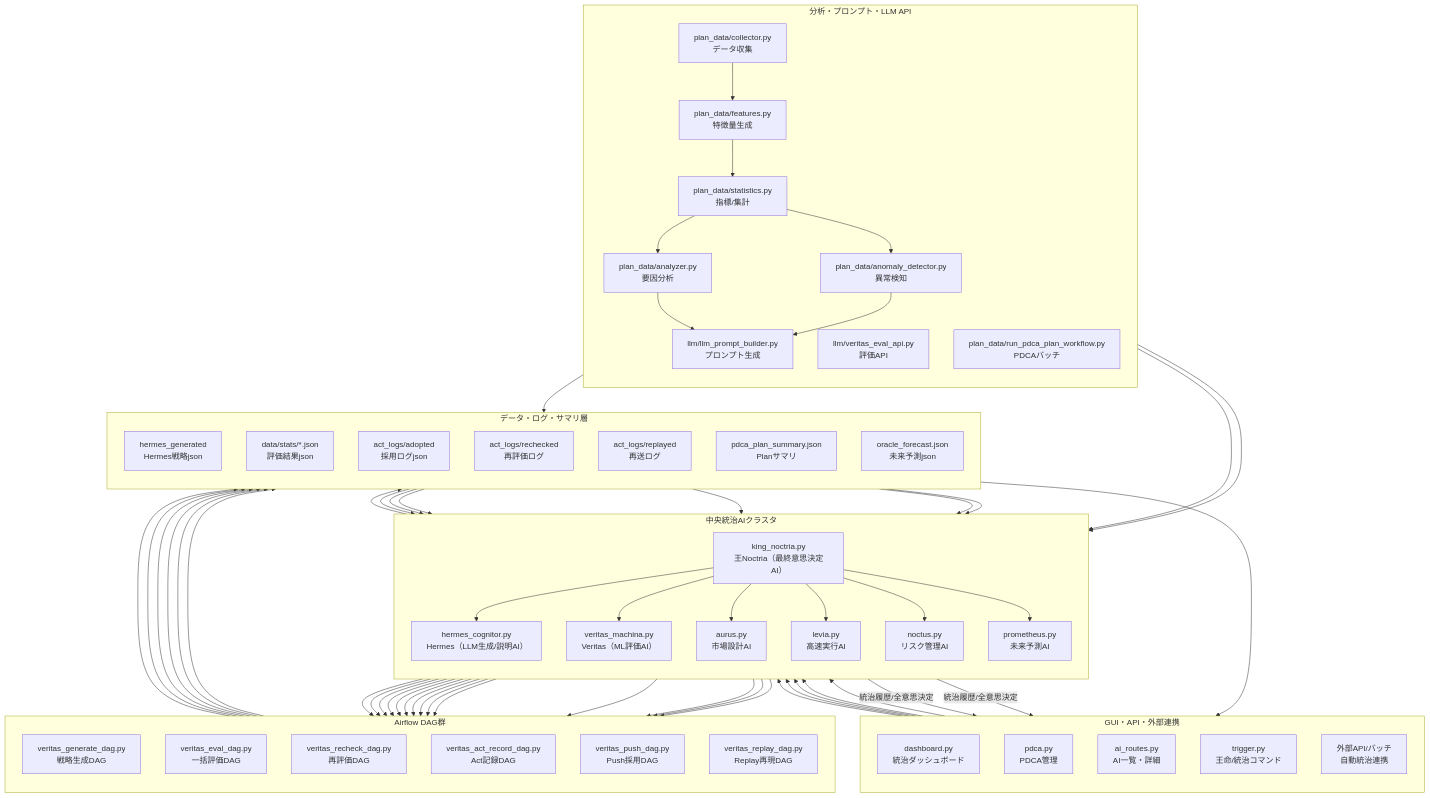
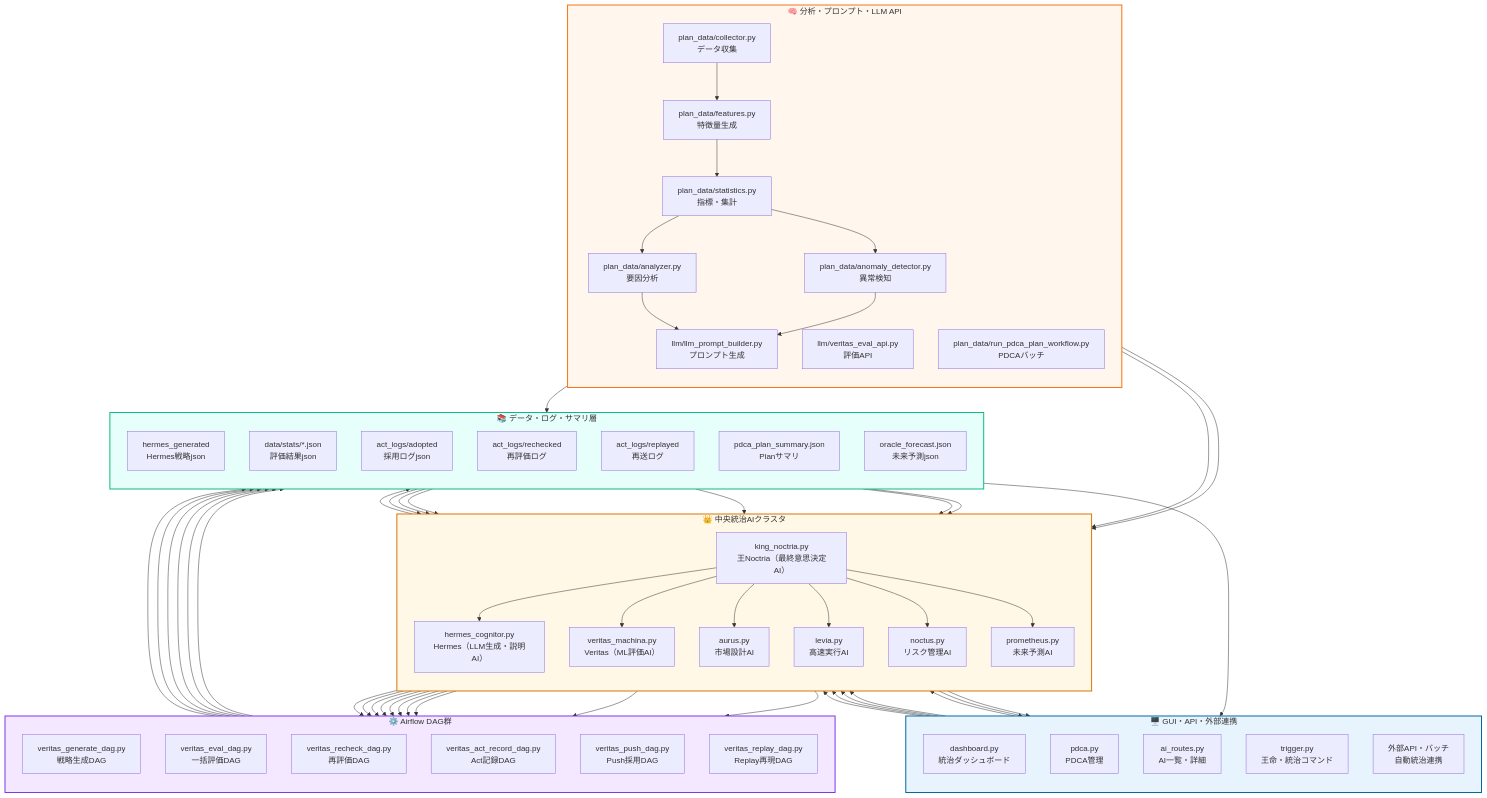
The diagram in docs/Noctria連携図.mmd (Noctria/noctria_kingdom), drawn with Mermaid before and after one commit.

Commit message:
Noctria連携図.mmd を更新

```diff
--- a/docs/Noctria連携図.mmd
+++ b/docs/Noctria連携図.mmd
@@ -1,127 +1,128 @@
 flowchart TD
 
-%% --- 1. GUI/API/外部連携（最上段） ---
-subgraph GUI_API["GUI・API・外部連携"]
-  direction TB
-  DASHBOARD["dashboard.py\n統治ダッシュボード"]
-  PDCA_PANEL["pdca.py\nPDCA管理"]
-  AI_PANEL["ai_routes.py\nAI一覧・詳細"]
-  TRIGGER_PANEL["trigger.py\n王命/統治コマンド"]
-  API["外部API/バッチ\n自動統治連携"]
+%% GUI/API (Blue)
+subgraph GUI_API["🖥️ GUI・API・外部連携"]
+direction TB
+style GUI_API fill:#E8F4FD,stroke:#0369A1,stroke-width:2px
+DASHBOARD["dashboard.py\n統治ダッシュボード"]
+PDCA_PANEL["pdca.py\nPDCA管理"]
+AI_PANEL["ai_routes.py\nAI一覧・詳細"]
+TRIGGER_PANEL["trigger.py\n王命・統治コマンド"]
+API["外部API・バッチ\n自動統治連携"]
 end
 
-%% --- 2. 中央統治AIクラスタ（王・臣下AI） ---
-subgraph KINGDOM["中央統治AIクラスタ"]
-  direction TB
-  NOCTRIA["king_noctria.py\n王Noctria（最終意思決定AI）"]
-  HERMES["hermes_cognitor.py\nHermes（LLM生成/説明AI）"]
-  VERITAS["veritas_machina.py\nVeritas（ML評価AI）"]
-  AURUS["aurus.py\n市場設計AI"]
-  LEVIA["levia.py\n高速実行AI"]
-  NOCTUS["noctus.py\nリスク管理AI"]
-  PROMETHEUS["prometheus.py\n未来予測AI"]
+%% 中央統治AI (Gold)
+subgraph KINGDOM["👑 中央統治AIクラスタ"]
+direction TB
+style KINGDOM fill:#FFF8E6,stroke:#D97706,stroke-width:2px
+NOCTRIA["king_noctria.py\n王Noctria（最終意思決定AI）"]
+HERMES["hermes_cognitor.py\nHermes（LLM生成・説明AI）"]
+VERITAS["veritas_machina.py\nVeritas（ML評価AI）"]
+AURUS["aurus.py\n市場設計AI"]
+LEVIA["levia.py\n高速実行AI"]
+NOCTUS["noctus.py\nリスク管理AI"]
+PROMETHEUS["prometheus.py\n未来予測AI"]
 end
 
-%% --- 3. Airflow DAG Cluster（実行基盤） ---
-subgraph DAGS["Airflow DAG群"]
-  direction TB
-  GEN_DAG["veritas_generate_dag.py\n戦略生成DAG"]
-  EVAL_DAG["veritas_eval_dag.py\n一括評価DAG"]
-  RECHECK_DAG["veritas_recheck_dag.py\n再評価DAG"]
-  ACT_DAG["veritas_act_record_dag.py\nAct記録DAG"]
-  PUSH_DAG["veritas_push_dag.py\nPush採用DAG"]
-  REPLAY_DAG["veritas_replay_dag.py\nReplay再現DAG"]
+%% Airflow DAG群 (Light Purple)
+subgraph DAGS["⚙️ Airflow DAG群"]
+direction TB
+style DAGS fill:#F3E8FF,stroke:#7C3AED,stroke-width:2px
+GEN_DAG["veritas_generate_dag.py\n戦略生成DAG"]
+EVAL_DAG["veritas_eval_dag.py\n一括評価DAG"]
+RECHECK_DAG["veritas_recheck_dag.py\n再評価DAG"]
+ACT_DAG["veritas_act_record_dag.py\nAct記録DAG"]
+PUSH_DAG["veritas_push_dag.py\nPush採用DAG"]
+REPLAY_DAG["veritas_replay_dag.py\nReplay再現DAG"]
 end
 
-%% --- 4. データ/ログ/サマリ層（下段） ---
-subgraph DATA["データ・ログ・サマリ層"]
-  direction TB
-  STRATEGY_JSON["hermes_generated\nHermes戦略json"]
-  EVALRES_JSON["data/stats/*.json\n評価結果json"]
-  ACTLOG_JSON["act_logs/adopted\n採用ログjson"]
-  RECHECK_JSON["act_logs/rechecked\n再評価ログ"]
-  REPLAY_JSON["act_logs/replayed\n再送ログ"]
-  PLAN_SUMMARY_JSON["pdca_plan_summary.json\nPlanサマリ"]
-  ORACLE_FORECAST_JSON["oracle_forecast.json\n未来予測json"]
+%% データ管理 (Light Green)
+subgraph DATA["📚 データ・ログ・サマリ層"]
+direction TB
+style DATA fill:#E6FFFA,stroke:#10B981,stroke-width:2px
+STRATEGY_JSON["hermes_generated\nHermes戦略json"]
+EVALRES_JSON["data/stats/*.json\n評価結果json"]
+ACTLOG_JSON["act_logs/adopted\n採用ログjson"]
+RECHECK_JSON["act_logs/rechecked\n再評価ログ"]
+REPLAY_JSON["act_logs/replayed\n再送ログ"]
+PLAN_SUMMARY_JSON["pdca_plan_summary.json\nPlanサマリ"]
+ORACLE_FORECAST_JSON["oracle_forecast.json\n未来予測json"]
 end
 
-%% --- 5. Plan Data & LLM API層（最下段・左側） ---
-subgraph PLAN_LLM["分析・プロンプト・LLM API"]
-  direction TB
-  PLAN_COLLECT["plan_data/collector.py\nデータ収集"]
-  PLAN_FEATURE["plan_data/features.py\n特徴量生成"]
-  PLAN_STAT["plan_data/statistics.py\n指標/集計"]
-  PLAN_ANALYZER["plan_data/analyzer.py\n要因分析"]
-  PLAN_ANOMALY["plan_data/anomaly_detector.py\n異常検知"]
-  LLM_PROMPT["llm/llm_prompt_builder.py\nプロンプト生成"]
-  LLM_EVALAPI["llm/veritas_eval_api.py\n評価API"]
-  PLAN_PDCA_BATCH["plan_data/run_pdca_plan_workflow.py\nPDCAバッチ"]
+%% 分析・LLM API層 (Light Orange)
+subgraph PLAN_LLM["🧠 分析・プロンプト・LLM API"]
+direction TB
+style PLAN_LLM fill:#FFF7ED,stroke:#F97316,stroke-width:2px
+PLAN_COLLECT["plan_data/collector.py\nデータ収集"]
+PLAN_FEATURE["plan_data/features.py\n特徴量生成"]
+PLAN_STAT["plan_data/statistics.py\n指標・集計"]
+PLAN_ANALYZER["plan_data/analyzer.py\n要因分析"]
+PLAN_ANOMALY["plan_data/anomaly_detector.py\n異常検知"]
+LLM_PROMPT["llm/llm_prompt_builder.py\nプロンプト生成"]
+LLM_EVALAPI["llm/veritas_eval_api.py\n評価API"]
+PLAN_PDCA_BATCH["plan_data/run_pdca_plan_workflow.py\nPDCAバッチ"]
 end
 
-%% === レイヤー間接続（上→下順に整理） ===
+%% --- Connections（上から下へ縦方向を強調）---
 
-%% 1. GUI/API層→中央統治AI
+%% GUI/API → 王Noctria
 DASHBOARD --> NOCTRIA
 PDCA_PANEL --> NOCTRIA
 AI_PANEL --> NOCTRIA
 TRIGGER_PANEL --> NOCTRIA
 API --> NOCTRIA
 
-%% 2. Noctria王→臣下AI
+%% 王Noctria → 各AI
 NOCTRIA --> HERMES
 NOCTRIA --> VERITAS
 NOCTRIA --> AURUS
 NOCTRIA --> LEVIA
 NOCTRIA --> NOCTUS
 NOCTRIA --> PROMETHEUS
 
-%% 3. 各AI→DAG
+%% AI → DAG群
 HERMES --> GEN_DAG
 VERITAS --> EVAL_DAG
 VERITAS --> RECHECK_DAG
-NOCTRIA --> RECHECK_DAG
+AURUS --> GEN_DAG
+LEVIA --> GEN_DAG
+NOCTUS --> EVAL_DAG
+PROMETHEUS --> EVAL_DAG
+NOCTRIA --> ACT_DAG
+NOCTRIA --> PUSH_DAG
 NOCTRIA --> REPLAY_DAG
-NOCTRIA --> PUSH_DAG
-AURUS --> GEN_DAG
-AURUS --> EVAL_DAG
-LEVIA --> GEN_DAG
-LEVIA --> EVAL_DAG
-NOCTUS --> GEN_DAG
-NOCTUS --> EVAL_DAG
-PROMETHEUS --> GEN_DAG
-PROMETHEUS --> EVAL_DAG
 
-%% 4. DAG→データ層
+%% DAG群 → データ層
 GEN_DAG --> STRATEGY_JSON
 EVAL_DAG --> EVALRES_JSON
 RECHECK_DAG --> RECHECK_JSON
 ACT_DAG --> ACTLOG_JSON
 PUSH_DAG --> ACTLOG_JSON
 REPLAY_DAG --> REPLAY_JSON
 
-%% 5. データ層→王・GUI
+%% データ層 → 王Noctria & GUI
 STRATEGY_JSON --> NOCTRIA
 EVALRES_JSON --> NOCTRIA
 RECHECK_JSON --> NOCTRIA
 ACTLOG_JSON --> NOCTRIA
 REPLAY_JSON --> NOCTRIA
 PLAN_SUMMARY_JSON --> DASHBOARD
 ORACLE_FORECAST_JSON --> NOCTRIA
 
-%% 6. Plan Data & LLM連携
+%% 分析・LLM層内連携
 PLAN_COLLECT --> PLAN_FEATURE
 PLAN_FEATURE --> PLAN_STAT
 PLAN_STAT --> PLAN_ANALYZER
 PLAN_STAT --> PLAN_ANOMALY
 PLAN_ANALYZER --> LLM_PROMPT
 PLAN_ANOMALY --> LLM_PROMPT
 LLM_PROMPT --> HERMES
 LLM_EVALAPI --> VERITAS
 PLAN_PDCA_BATCH --> PLAN_SUMMARY_JSON
 
-%% 7. PROMETHEUS→未来予測json
+%% PROMETHEUS→未来予測
 PROMETHEUS --> ORACLE_FORECAST_JSON
 
-%% 8. Noctria統治履歴→ダッシュボード
-NOCTRIA -- 統治履歴/全意思決定 --> DASHBOARD
-NOCTRIA -- 統治履歴/全意思決定 --> PDCA_PANEL
+%% 統治履歴 → GUI
+NOCTRIA --> DASHBOARD
+NOCTRIA --> PDCA_PANEL
```
